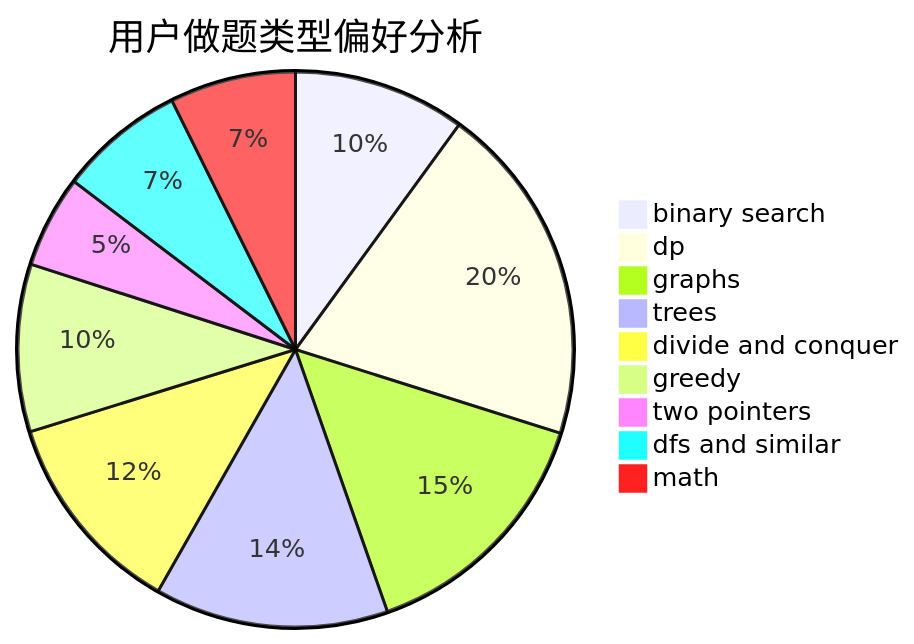
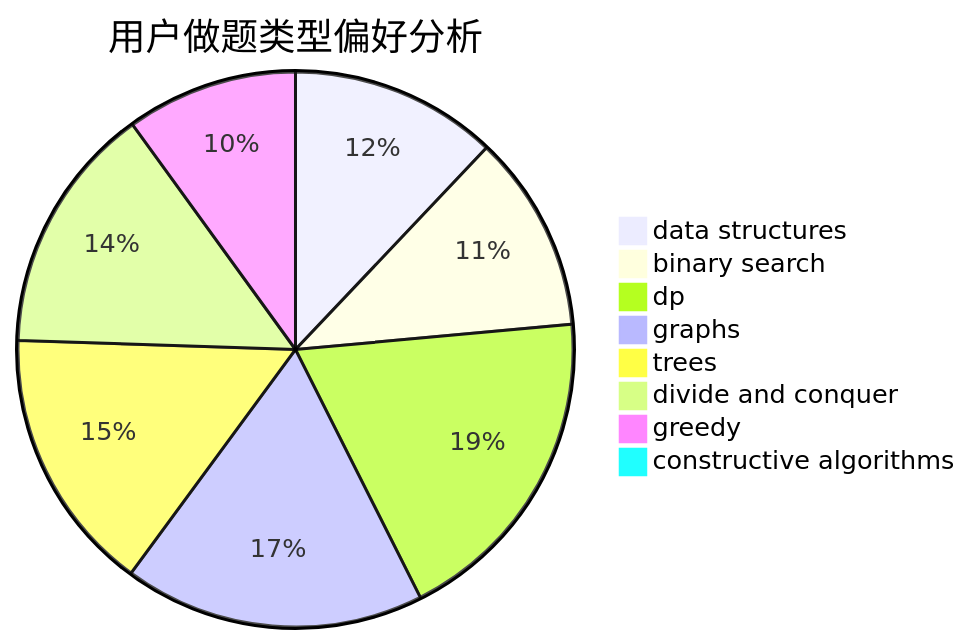
Before and after one commit to sherpahu/cfrs.github.io: the second of 3 diagrams in docs/user/u970.md, drawn with Mermaid. The commit also changed other lines of this file and 2775 other files, not shown here.

````diff
--- a/docs/user/u970.md
+++ b/docs/user/u970.md
@@ -23,12 +23,11 @@
 ```mermaid
 pie title 用户做题类型偏好分析
-    "binary search" :  112
-    "dp" :  222
-    "graphs" :  165
-    "trees" :  152
-    "divide and conquer" :  134
-    "greedy" :  109
-    "two pointers" :  60
-    "dfs and similar" :  82
-    "math" :  82
+    "data structures" :  104
+    "binary search" :  99
+    "dp" :  164
+    "graphs" :  151
+    "trees" :  133
+    "divide and conquer" :  125
+    "greedy" :  86
+    "constructive algorithms" :  8
 ```
````
